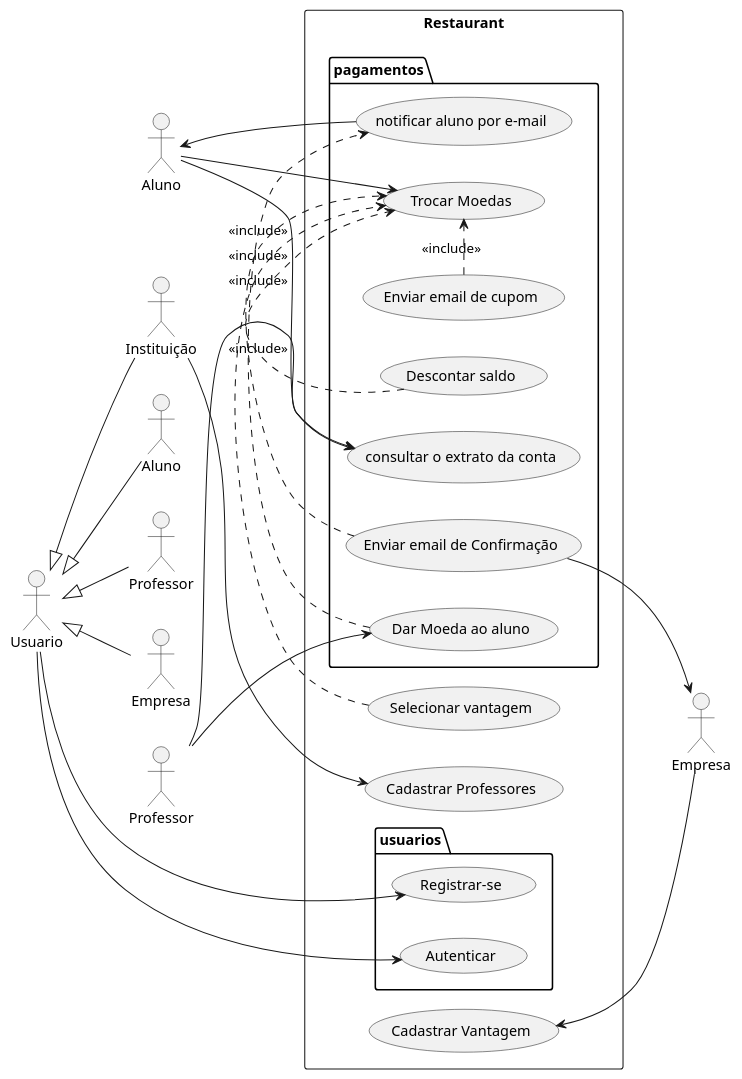
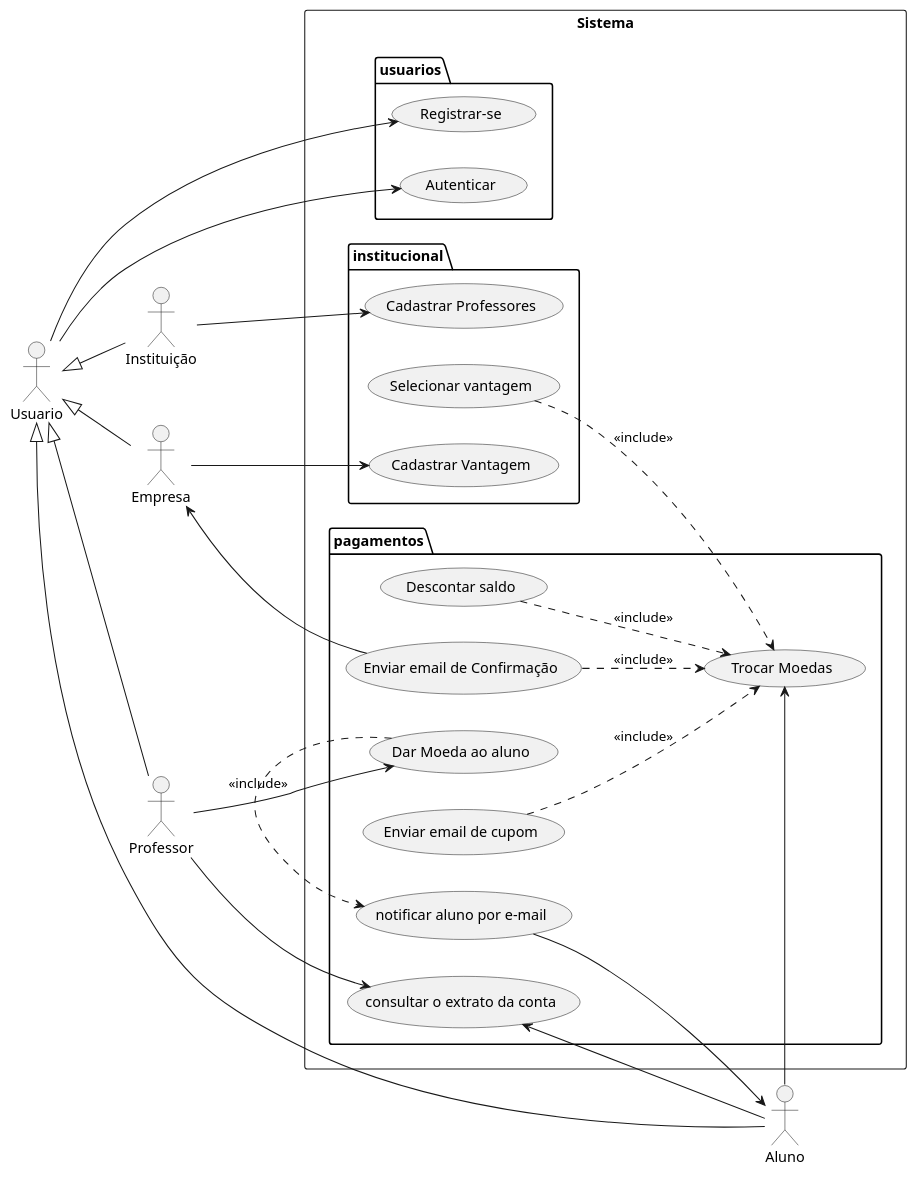
The diagram in laboratorio-3/sprint-1/caso-de-uso.plantuml (G4BR-13-L/lab-desenvolvimento-de-software), drawn with PlantUML before and after one commit. The commit also changed 2 other files, not shown here.

Commit message:
Atualização do diagrama de caso de uso

```diff
--- a/laboratorio-3/sprint-1/caso-de-uso.plantuml
+++ b/laboratorio-3/sprint-1/caso-de-uso.plantuml
@@ -1,50 +1,53 @@
 @startuml Caso de Uso
 
 left to right direction
 
 actor "Usuario" as user
 actor "Instituição" as instituicao
 actor "Aluno" as aluno
 actor "Professor" as professor
 actor "Empresa" as empresa
-rectangle Restaurant {
+rectangle "Sistema" as SistemaDeMérito {
     package usuarios{
         usecase "Registrar-se" as registrarse
         usecase "Autenticar" as autenticar
     }
     package pagamentos{
         usecase "Dar Moeda ao aluno" as darMoedaAoAluno
         usecase "notificar aluno por e-mail" as notificarAlunoPorEmail
         usecase "consultar o extrato da conta" as consultarExtratoDaConta
         usecase "Trocar Moedas" as trocarMoedas
         usecase "Descontar saldo" as descontarSaldo
         usecase "Enviar email de cupom" as enviarEmailDeCupom
         usecase "Enviar email de Confirmação" as enviarEmailDeConfirmacao
     }
-    usecase "Cadastrar Professores" as cadastrarProfessores
-    usecase "Selecionar vantagem" as selecionarVantagem
-    usecase "Cadastrar Vantagem" as cadastrarVantagem
+    package institucional{
+
+        usecase "Cadastrar Professores" as cadastrarProfessores
+        usecase "Selecionar vantagem" as selecionarVantagem
+        usecase "Cadastrar Vantagem" as cadastrarVantagem
+    }
 }
 
-user --> registrarse
-user --> autenticar
-user <|-- Aluno
+user -> registrarse
+user -> autenticar
+user <|-- aluno
 user <|-- instituicao
-user <|-- Professor
-user <|-- Empresa
+user <|-- professor
+user <|-- empresa
 instituicao --> cadastrarProfessores
 
 professor --> darMoedaAoAluno
 darMoedaAoAluno .> notificarAlunoPorEmail: <<include>>
 notificarAlunoPorEmail --> aluno
 aluno --> consultarExtratoDaConta
 professor --> consultarExtratoDaConta
-aluno --> trocarMoedas
+aluno -> trocarMoedas
 empresa --> cadastrarVantagem
 
-selecionarVantagem .> trocarMoedas: <<include>>
-descontarSaldo .> trocarMoedas: <<include>>
-enviarEmailDeCupom .> trocarMoedas: <<include>>
-enviarEmailDeConfirmacao .> trocarMoedas:<<include>>
+selecionarVantagem ..> trocarMoedas: <<include>>
+descontarSaldo ..> trocarMoedas: <<include>>
+enviarEmailDeCupom ..> trocarMoedas: <<include>>
+enviarEmailDeConfirmacao ..> trocarMoedas:<<include>>
 enviarEmailDeConfirmacao --> empresa
 @enduml
```
